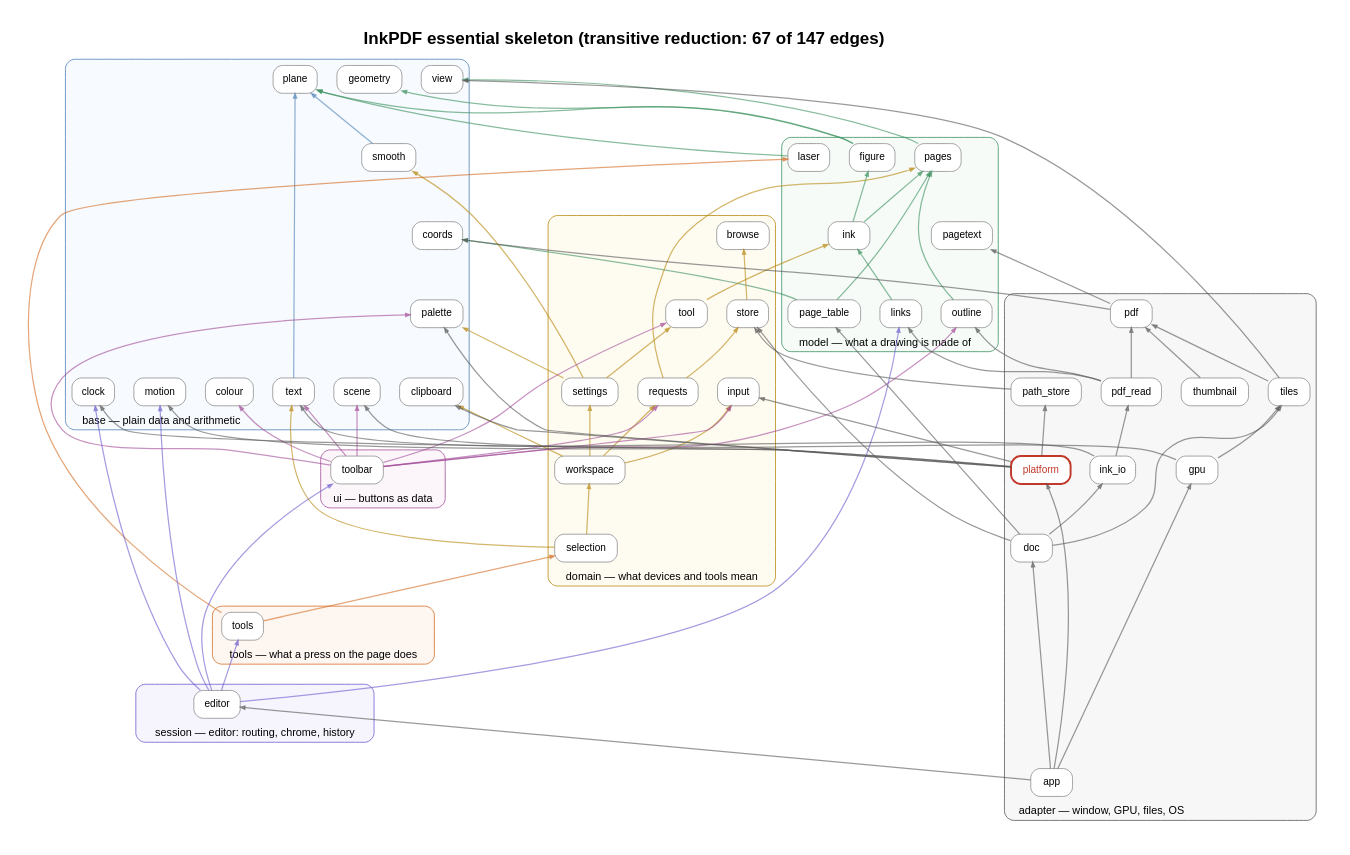
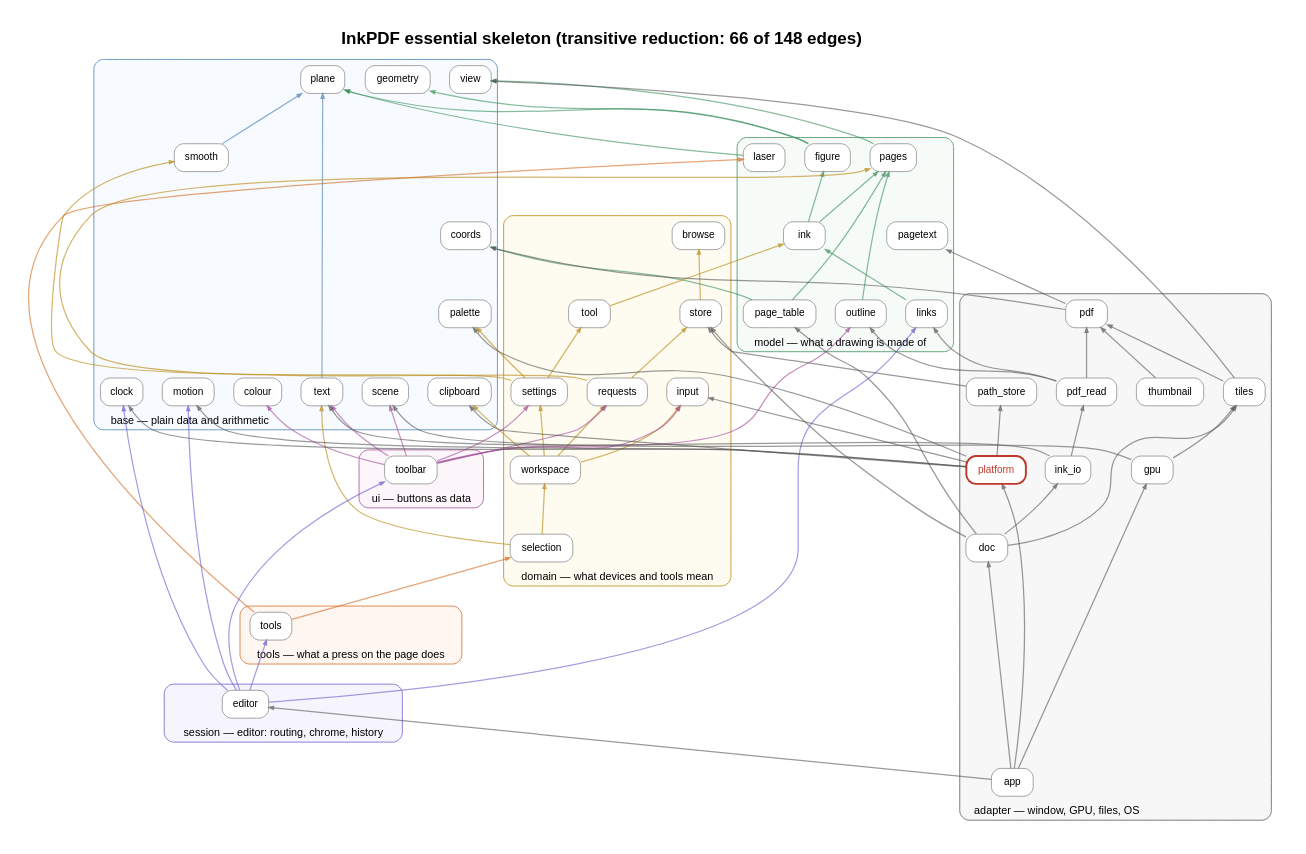
The diagram in docs/deps/skeleton.dot (rajatmo/inkpdf), drawn with Graphviz before and after one commit. The commit also changed 17 other files, not shown here.

```diff
--- a/docs/deps/skeleton.dot
+++ b/docs/deps/skeleton.dot
@@ -1,128 +1,127 @@
 digraph G {
 rankdir=BT; newrank=true; compound=true; splines=true; nodesep=0.35; ranksep=0.9; pad=0.4;
-label=<<b>InkPDF essential skeleton (transitive reduction: 67 of 147 edges)</b>>; labelloc=t; fontsize=22; fontname="Helvetica";
+label=<<b>InkPDF essential skeleton (transitive reduction: 66 of 148 edges)</b>>; labelloc=t; fontsize=22; fontname="Helvetica";
 node [shape=box, style="rounded,filled", fontname="Helvetica", fontsize=13, margin="0.14,0.07", color="#888888"];
 edge [arrowsize=0.6];
 subgraph cluster_Base { label="base — plain data and arithmetic"; labeljust=l; fontname="Helvetica"; fontsize=14; style="rounded,filled"; fillcolor="#e8f1fb55"; color="#4a7fb5";
   "clipboard" [fillcolor="white"];
   "clock" [fillcolor="white"];
   "colour" [fillcolor="white"];
   "coords" [fillcolor="white"];
   "geometry" [fillcolor="white"];
   "motion" [fillcolor="white"];
   "palette" [fillcolor="white"];
   "plane" [fillcolor="white"];
   "scene" [fillcolor="white"];
   "smooth" [fillcolor="white"];
   "text" [fillcolor="white"];
   "view" [fillcolor="white"];
 }
 subgraph cluster_Model { label="model — what a drawing is made of"; labeljust=l; fontname="Helvetica"; fontsize=14; style="rounded,filled"; fillcolor="#e3f4ea55"; color="#3a8f5c";
   "figure" [fillcolor="white"];
   "ink" [fillcolor="white"];
   "laser" [fillcolor="white"];
   "links" [fillcolor="white"];
   "outline" [fillcolor="white"];
   "page_table" [fillcolor="white"];
   "pages" [fillcolor="white"];
   "pagetext" [fillcolor="white"];
 }
 subgraph cluster_Domain { label="domain — what devices and tools mean"; labeljust=l; fontname="Helvetica"; fontsize=14; style="rounded,filled"; fillcolor="#fdf3d655"; color="#b8860b";
   "browse" [fillcolor="white"];
   "input" [fillcolor="white"];
   "requests" [fillcolor="white"];
   "selection" [fillcolor="white"];
   "settings" [fillcolor="white"];
   "store" [fillcolor="white"];
   "tool" [fillcolor="white"];
   "workspace" [fillcolor="white"];
 }
 subgraph cluster_Ui { label="ui — buttons as data"; labeljust=l; fontname="Helvetica"; fontsize=14; style="rounded,filled"; fillcolor="#f6e4f355"; color="#a14a96";
   "toolbar" [fillcolor="white"];
 }
 subgraph cluster_Tools { label="tools — what a press on the page does"; labeljust=l; fontname="Helvetica"; fontsize=14; style="rounded,filled"; fillcolor="#fde5d455"; color="#d2691e";
   "tools" [fillcolor="white"];
 }
 subgraph cluster_Session { label="session — editor: routing, chrome, history"; labeljust=l; fontname="Helvetica"; fontsize=14; style="rounded,filled"; fillcolor="#e4e1f855"; color="#6a5acd";
   "editor" [fillcolor="white"];
 }
 subgraph cluster_Adapter { label="adapter — window, GPU, files, OS"; labeljust=l; fontname="Helvetica"; fontsize=14; style="rounded,filled"; fillcolor="#e6e6e655"; color="#555555";
   "app" [fillcolor="white"];
   "doc" [fillcolor="white"];
   "gpu" [fillcolor="white"];
   "ink_io" [fillcolor="white"];
   "path_store" [fillcolor="white"];
   "pdf" [fillcolor="white"];
   "pdf_read" [fillcolor="white"];
   "platform" [fillcolor="white" penwidth=2.5 color="#c0392b" fontcolor="#c0392b"];
   "thumbnail" [fillcolor="white"];
   "tiles" [fillcolor="white"];
 }
 "app" -> "doc" [color="#55555599", penwidth=1.60, tooltip="3 uses"];
 "app" -> "editor" [color="#55555599", penwidth=1.60, tooltip="4 uses"];
 "app" -> "gpu" [color="#55555599", penwidth=1.60, tooltip="5 uses"];
 "app" -> "platform" [color="#55555599", penwidth=1.60, tooltip="1 uses"];
 "doc" -> "ink_io" [color="#55555599", penwidth=1.60, tooltip="1 uses"];
 "doc" -> "page_table" [color="#55555599", penwidth=1.60, tooltip="2 uses"];
 "doc" -> "store" [color="#55555599", penwidth=1.60, tooltip="1 uses"];
 "doc" -> "tiles" [color="#55555599", penwidth=1.60, tooltip="1 uses"];
 "editor" -> "clock" [color="#6a5acd99", penwidth=1.60, tooltip="1 uses"];
 "editor" -> "links" [color="#6a5acd99", penwidth=1.60, tooltip="3 uses"];
 "editor" -> "motion" [color="#6a5acd99", penwidth=1.60, tooltip="3 uses"];
 "editor" -> "toolbar" [color="#6a5acd99", penwidth=1.60, tooltip="8 uses"];
 "editor" -> "tools" [color="#6a5acd99", penwidth=1.60, tooltip="7 uses"];
 "figure" -> "geometry" [color="#3a8f5c99", penwidth=1.60, tooltip="1 uses"];
 "figure" -> "plane" [color="#3a8f5c99", penwidth=1.60, tooltip="1 uses"];
 "gpu" -> "scene" [color="#55555599", penwidth=1.60, tooltip="1 uses"];
 "gpu" -> "tiles" [color="#55555599", penwidth=1.60, tooltip="2 uses"];
 "ink" -> "figure" [color="#3a8f5c99", penwidth=1.60, tooltip="3 uses"];
 "ink" -> "pages" [color="#3a8f5c99", penwidth=1.60, tooltip="1 uses"];
 "ink_io" -> "pdf_read" [color="#55555599", penwidth=1.60, tooltip="2 uses"];
 "ink_io" -> "text" [color="#55555599", penwidth=1.60, tooltip="2 uses"];
 "laser" -> "plane" [color="#3a8f5c99", penwidth=1.60, tooltip="1 uses"];
 "links" -> "ink" [color="#3a8f5c99", penwidth=1.60, tooltip="1 uses"];
 "outline" -> "pages" [color="#3a8f5c99", penwidth=1.60, tooltip="1 uses"];
 "page_table" -> "coords" [color="#3a8f5c99", penwidth=1.60, tooltip="1 uses"];
 "page_table" -> "pages" [color="#3a8f5c99", penwidth=1.60, tooltip="1 uses"];
 "pages" -> "view" [color="#3a8f5c99", penwidth=1.60, tooltip="1 uses"];
 "path_store" -> "store" [color="#55555599", penwidth=1.60, tooltip="1 uses"];
 "pdf" -> "coords" [color="#55555599", penwidth=1.60, tooltip="2 uses"];
 "pdf" -> "pagetext" [color="#55555599", penwidth=1.60, tooltip="2 uses"];
 "pdf_read" -> "links" [color="#55555599", penwidth=1.60, tooltip="1 uses"];
 "pdf_read" -> "outline" [color="#55555599", penwidth=1.60, tooltip="1 uses"];
 "pdf_read" -> "pdf" [color="#55555599", penwidth=1.60, tooltip="1 uses"];
 "platform" -> "clipboard" [color="#55555599", penwidth=1.60, tooltip="3 uses"];
 "platform" -> "clock" [color="#55555599", penwidth=1.60, tooltip="3 uses"];
 "platform" -> "input" [color="#55555599", penwidth=1.60, tooltip="13 uses"];
 "platform" -> "motion" [color="#55555599", penwidth=1.60, tooltip="8 uses"];
 "platform" -> "palette" [color="#55555599", penwidth=1.60, tooltip="11 uses"];
 "platform" -> "path_store" [color="#55555599", penwidth=1.60, tooltip="1 uses"];
 "requests" -> "pages" [color="#b8860b99", penwidth=1.60, tooltip="1 uses"];
 "requests" -> "store" [color="#b8860b99", penwidth=1.60, tooltip="1 uses"];
 "selection" -> "text" [color="#b8860b99", penwidth=1.60, tooltip="1 uses"];
 "selection" -> "workspace" [color="#b8860b99", penwidth=1.60, tooltip="1 uses"];
 "settings" -> "palette" [color="#b8860b99", penwidth=1.60, tooltip="1 uses"];
 "settings" -> "smooth" [color="#b8860b99", penwidth=1.60, tooltip="1 uses"];
 "settings" -> "tool" [color="#b8860b99", penwidth=1.60, tooltip="1 uses"];
 "smooth" -> "plane" [color="#4a7fb599", penwidth=1.60, tooltip="1 uses"];
 "store" -> "browse" [color="#b8860b99", penwidth=1.60, tooltip="1 uses"];
 "text" -> "plane" [color="#4a7fb599", penwidth=1.60, tooltip="3 uses"];
 "thumbnail" -> "pdf" [color="#55555599", penwidth=1.60, tooltip="1 uses"];
 "tiles" -> "pdf" [color="#55555599", penwidth=1.60, tooltip="1 uses"];
 "tiles" -> "view" [color="#55555599", penwidth=1.60, tooltip="1 uses"];
 "tool" -> "ink" [color="#b8860b99", penwidth=1.60, tooltip="1 uses"];
 "toolbar" -> "colour" [color="#a14a9699", penwidth=1.60, tooltip="1 uses"];
 "toolbar" -> "input" [color="#a14a9699", penwidth=1.60, tooltip="2 uses"];
 "toolbar" -> "outline" [color="#a14a9699", penwidth=1.60, tooltip="1 uses"];
-"toolbar" -> "palette" [color="#a14a9699", penwidth=1.60, tooltip="1 uses"];
 "toolbar" -> "requests" [color="#a14a9699", penwidth=1.60, tooltip="1 uses"];
 "toolbar" -> "scene" [color="#a14a9699", penwidth=1.60, tooltip="20 uses"];
+"toolbar" -> "settings" [color="#a14a9699", penwidth=1.60, tooltip="1 uses"];
 "toolbar" -> "text" [color="#a14a9699", penwidth=1.60, tooltip="2 uses"];
-"toolbar" -> "tool" [color="#a14a9699", penwidth=1.60, tooltip="3 uses"];
 "tools" -> "laser" [color="#d2691e99", penwidth=1.60, tooltip="1 uses"];
 "tools" -> "selection" [color="#d2691e99", penwidth=1.60, tooltip="1 uses"];
 "workspace" -> "clipboard" [color="#b8860b99", penwidth=1.60, tooltip="1 uses"];
 "workspace" -> "input" [color="#b8860b99", penwidth=1.60, tooltip="1 uses"];
 "workspace" -> "requests" [color="#b8860b99", penwidth=1.60, tooltip="1 uses"];
 "workspace" -> "settings" [color="#b8860b99", penwidth=1.60, tooltip="1 uses"];
 }
```
